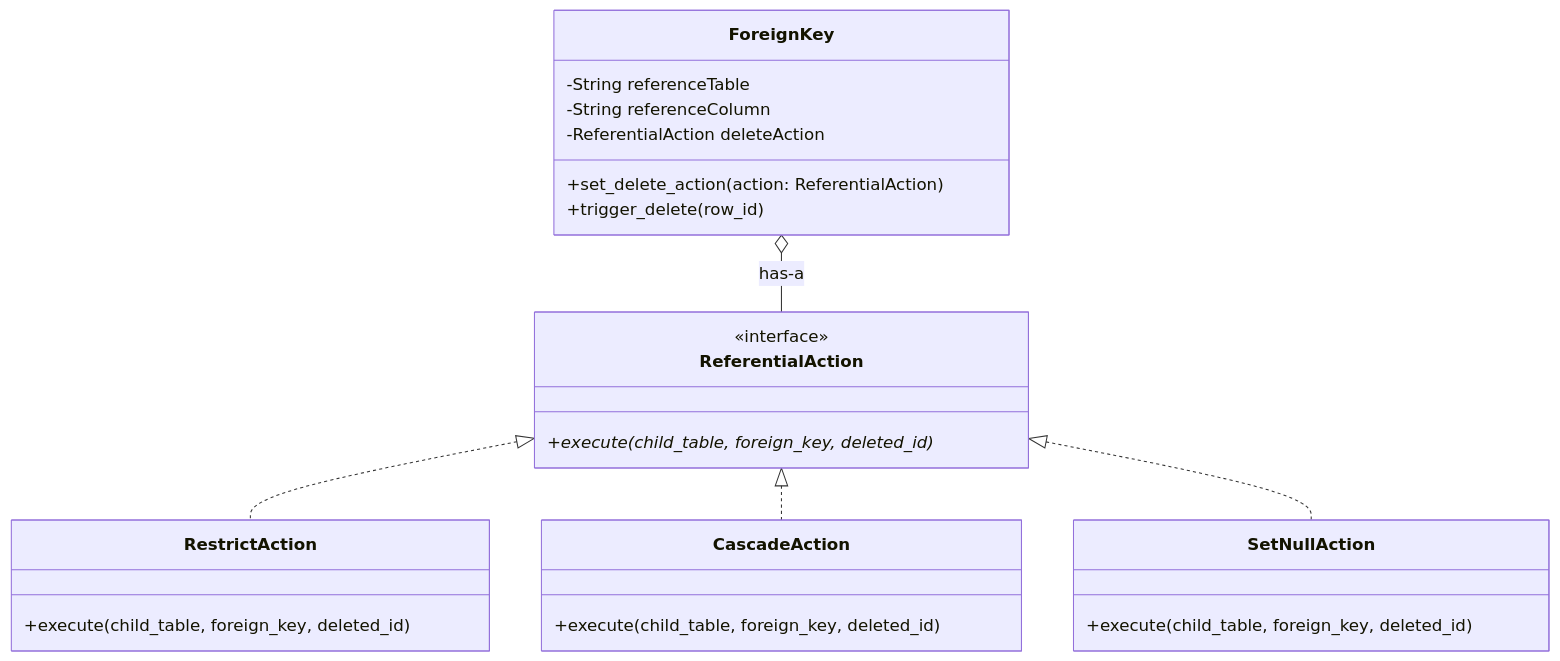
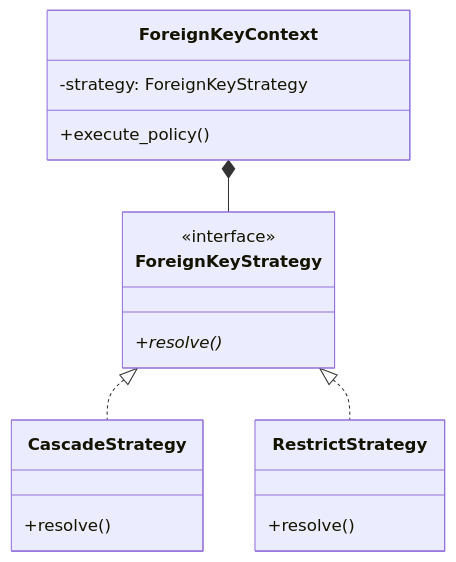
One commit to TamBui1706/DBMS changed diagram 13 of 20 in DPSuggest.md. Above: the diagram before and after it, drawn with Mermaid. The commit also changed other lines of this file, not shown here.

Commit message:
table Design Patterns

````diff
--- a/DPSuggest.md
+++ b/DPSuggest.md
@@ -1210,32 +478,20 @@
 ```mermaid
 classDiagram
-    class ForeignKey {
-        -String referenceTable
-        -String referenceColumn
-        -ReferentialAction deleteAction
-        +set_delete_action(action: ReferentialAction)
-        +trigger_delete(row_id)
+    class ForeignKeyStrategy {
+        <<interface>>
+        +resolve()*
     }
-    
-    class ReferentialAction {
-        <<interface>>
-        +execute(child_table, foreign_key, deleted_id)*
+    class CascadeStrategy {
+        +resolve()
     }
-    
-    class RestrictAction {
-        +execute(child_table, foreign_key, deleted_id)
+    class RestrictStrategy {
+        +resolve()
     }
-    
-    class CascadeAction {
-        +execute(child_table, foreign_key, deleted_id)
+    class ForeignKeyContext {
+        -strategy: ForeignKeyStrategy
+        +execute_policy()
     }
-    
-    class SetNullAction {
-        +execute(child_table, foreign_key, deleted_id)
-    }
-
-    ForeignKey o-- ReferentialAction : has-a
-    ReferentialAction <|.. RestrictAction
-    ReferentialAction <|.. CascadeAction
-    ReferentialAction <|.. SetNullAction
+    ForeignKeyContext *-- ForeignKeyStrategy
+    ForeignKeyStrategy <|.. CascadeStrategy
+    ForeignKeyStrategy <|.. RestrictStrategy
 ```
````
